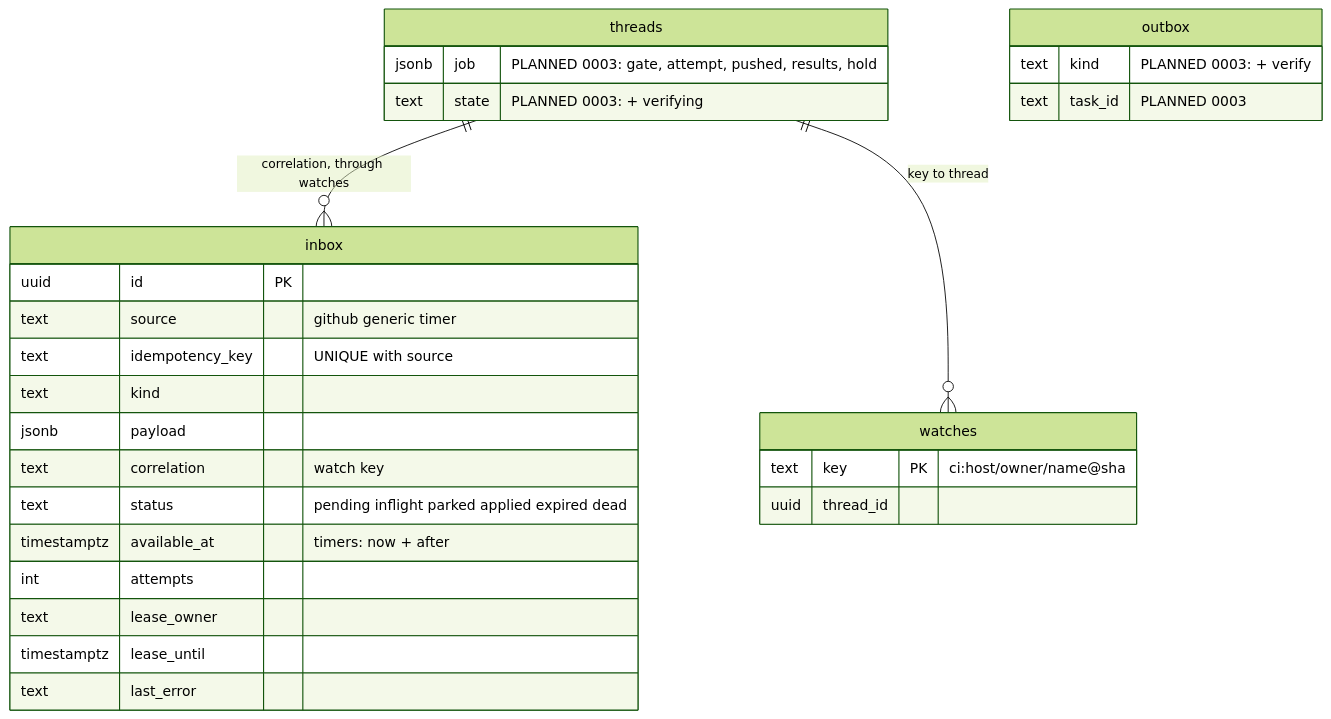
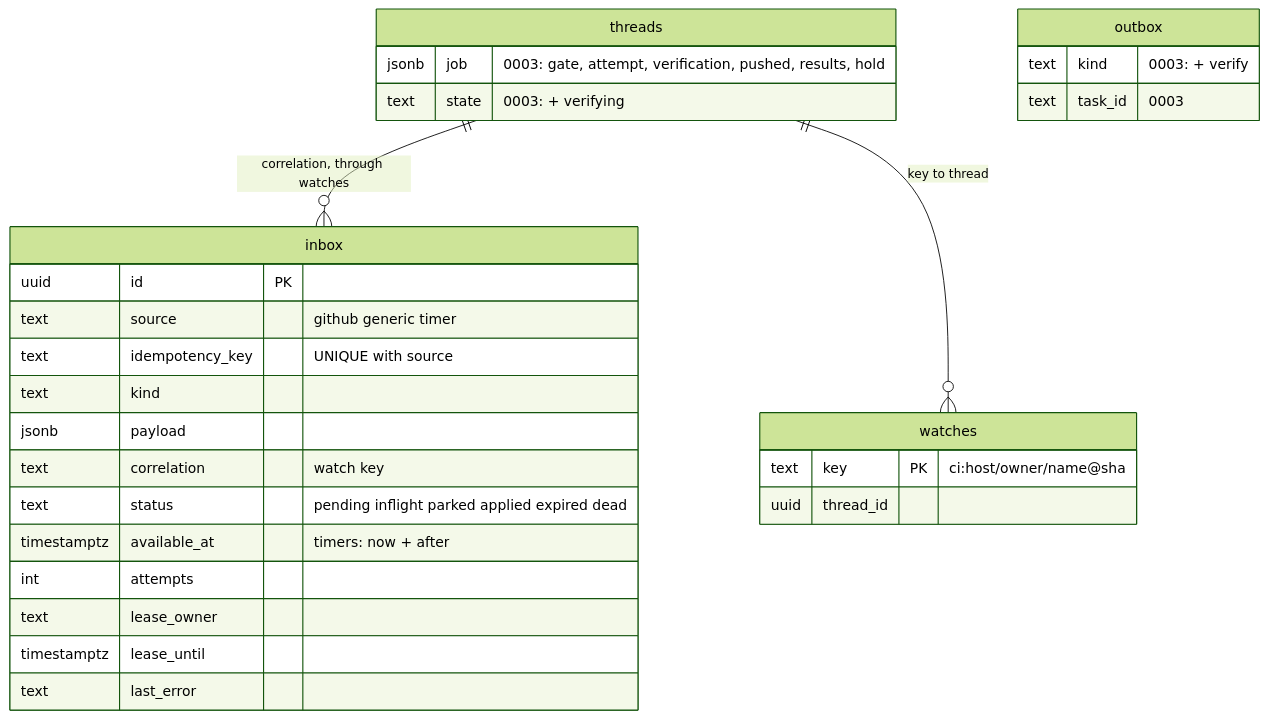
Before and after one commit to vymalo/another-agentic-system: diagram 13 of 15 in docs/orchestrator.md, drawn with Mermaid (forest theme). The commit also changed other lines of this file and 30 other files, not shown here.

````diff
--- a/docs/orchestrator.md
+++ b/docs/orchestrator.md
@@ -854,31 +878,31 @@
 ```mermaid
 erDiagram
   threads ||--o{ inbox : "correlation, through watches"
   threads ||--o{ watches : "key to thread"
   threads {
-    jsonb job "PLANNED 0003: gate, attempt, pushed, results, hold"
-    text state "PLANNED 0003: + verifying"
+    jsonb job "0003: gate, attempt, verification, pushed, results, hold"
+    text state "0003: + verifying"
   }
   outbox {
-    text kind "PLANNED 0003: + verify"
-    text task_id "PLANNED 0003"
+    text kind "0003: + verify"
+    text task_id "0003"
   }
   inbox {
     uuid id PK
     text source "github generic timer"
     text idempotency_key "UNIQUE with source"
     text kind
     jsonb payload
     text correlation "watch key"
     text status "pending inflight parked applied expired dead"
     timestamptz available_at "timers: now + after"
     int attempts
     text lease_owner
     timestamptz lease_until
     text last_error
   }
   watches {
     text key PK "ci:host/owner/name@sha"
     uuid thread_id
   }
 ```
````
